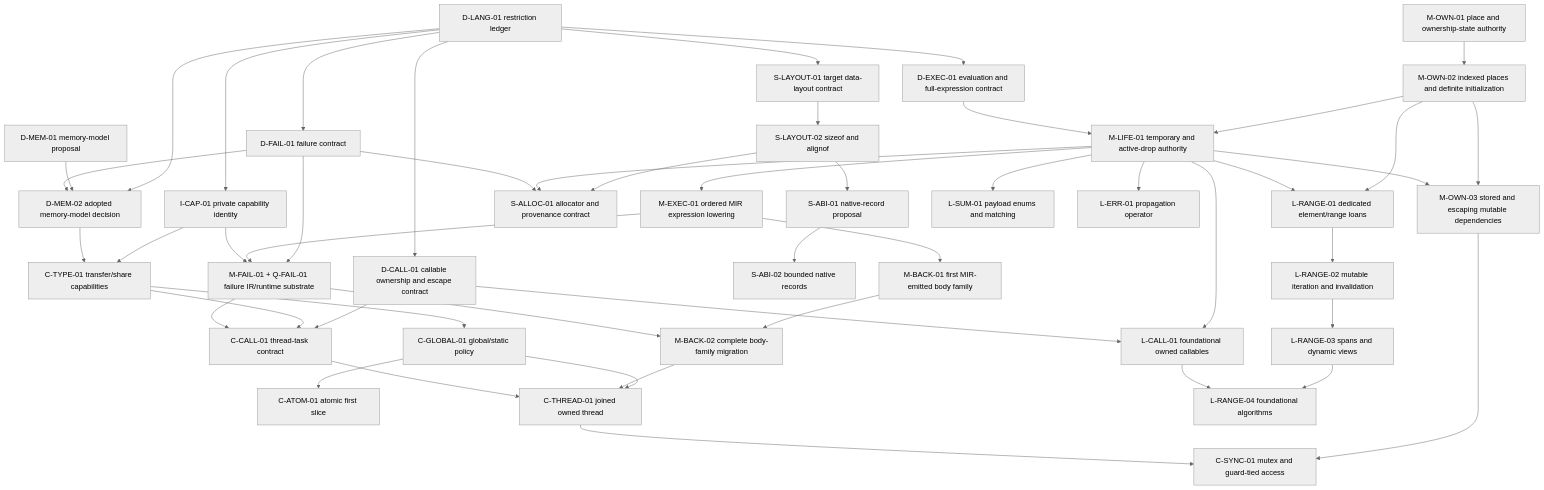
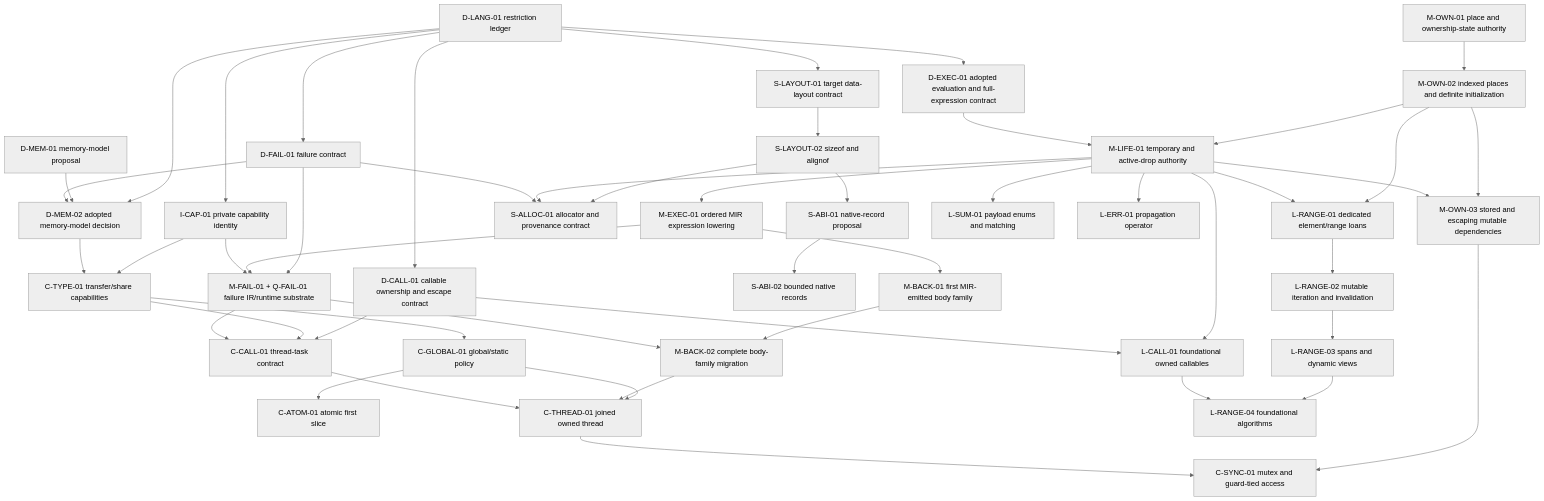
The diagram in docs/plans/implementation-sequence.md (LukeHHA/gti), drawn with Mermaid (neutral theme) before and after one commit. The commit also changed other lines of this file and 27 other files, not shown here.

````diff
--- a/docs/plans/implementation-sequence.md
+++ b/docs/plans/implementation-sequence.md
@@ -129,56 +134,56 @@
 ```mermaid
 flowchart TD
   R["D-LANG-01 restriction ledger"] --> MA["D-MEM-02 adopted memory-model decision"]
   MD["D-MEM-01 memory-model proposal"] --> MA
-  R --> EO["D-EXEC-01 evaluation and full-expression contract"]
+  R --> EO["D-EXEC-01 adopted evaluation and full-expression contract"]
   R --> FC["D-FAIL-01 failure contract"]
   FC --> MA
   R --> DC["D-CALL-01 callable ownership and escape contract"]
 
   PA["M-OWN-01 place and ownership-state authority"] --> IP["M-OWN-02 indexed places and definite initialization"]
   IP --> TD["M-LIFE-01 temporary and active-drop authority"]
   EO --> TD
   IP --> SD["M-OWN-03 stored and escaping mutable dependencies"]
   TD --> SD
   TD --> OE["M-EXEC-01 ordered MIR expression lowering"]
   FC --> MF["M-FAIL-01 + Q-FAIL-01 failure IR/runtime substrate"]
   OE --> MF
   OE --> MB1["M-BACK-01 first MIR-emitted body family"]
   MB1 --> MB2["M-BACK-02 complete body-family migration"]
   MF --> MB2
 
   R --> DL["S-LAYOUT-01 target data-layout contract"]
   DL --> SA["S-LAYOUT-02 sizeof and alignof"]
   SA --> NR["S-ABI-01 native-record proposal"]
   NR --> NRI["S-ABI-02 bounded native records"]
   SA --> AL["S-ALLOC-01 allocator and provenance contract"]
   TD --> AL
   FC --> AL
 
   R --> CP["I-CAP-01 private capability identity"]
   CP --> MF
   CP --> CT["C-TYPE-01 transfer/share capabilities"]
   MA --> CT
   CT --> CG["C-GLOBAL-01 global/static policy"]
   CG --> AT["C-ATOM-01 atomic first slice"]
   CG --> TH["C-THREAD-01 joined owned thread"]
   MB2 --> TH
   TD --> LC["L-CALL-01 foundational owned callables"]
   DC --> LC
   DC --> CC["C-CALL-01 thread-task contract"]
   CT --> CC
   MF --> CC
   CC --> TH
   SD --> MX["C-SYNC-01 mutex and guard-tied access"]
   TH --> MX
 
   IP --> RG["L-RANGE-01 dedicated element/range loans"]
   TD --> RG
   RG --> MI["L-RANGE-02 mutable iteration and invalidation"]
   MI --> VW["L-RANGE-03 spans and dynamic views"]
   VW --> ALG["L-RANGE-04 foundational algorithms"]
   LC --> ALG
 
   TD --> SUM["L-SUM-01 payload enums and matching"]
   TD --> Q["L-ERR-01 propagation operator"]
 ```
````
